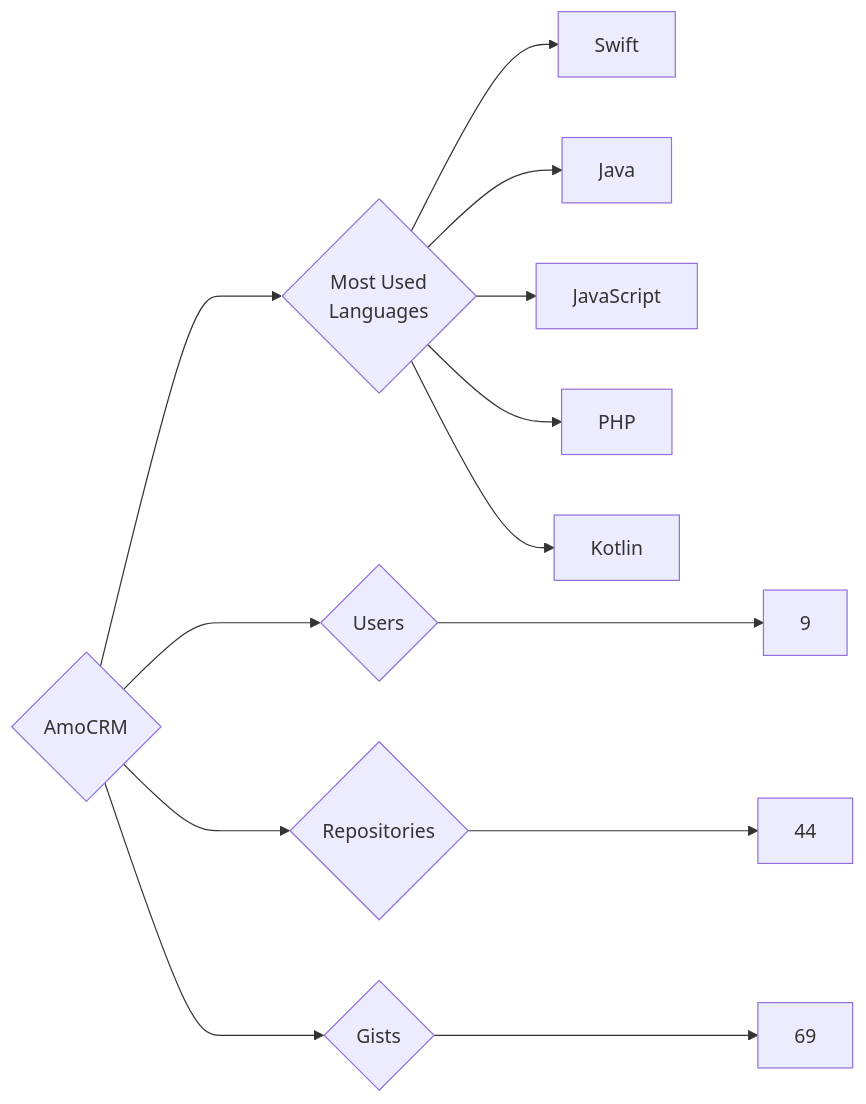
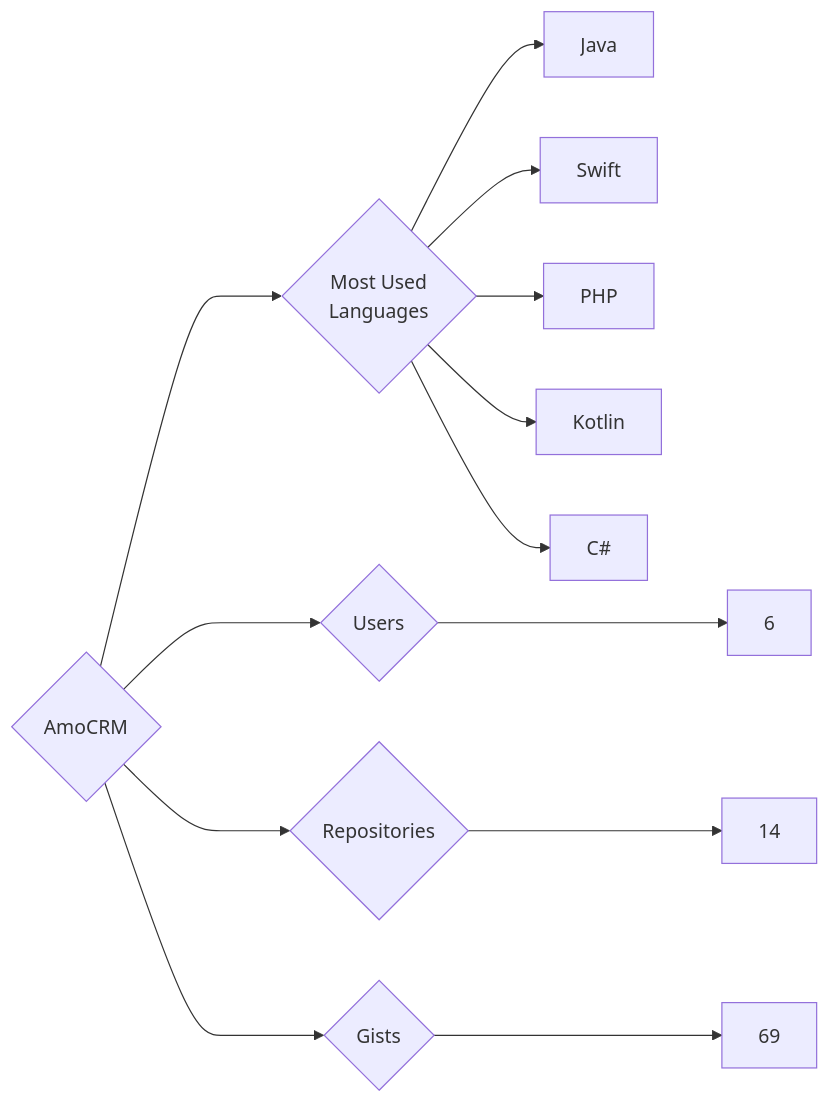
One commit to trickest/insiders changed the diagram in targets/AmoCRM/README.md. Above: the diagram before and after it, drawn with Mermaid. The commit also changed 934 other files, not shown here.

````diff
--- a/targets/AmoCRM/README.md
+++ b/targets/AmoCRM/README.md
@@ -3,13 +3,13 @@
 ```mermaid
 graph LR
 COMPANY_NAME{AmoCRM}
-COMPANY_NAME ---> U{Users} ---> UN[9]
-COMPANY_NAME ---> R{Repositories} ---> RN[44]
+COMPANY_NAME ---> U{Users} ---> UN[6]
+COMPANY_NAME ---> R{Repositories} ---> RN[14]
 COMPANY_NAME ---> G{Gists} ---> GN[69]
 COMPANY_NAME ---> ML{Most Used<br>Languages}
+ML --> Java[Java]
 ML --> Swift[Swift]
-ML --> Java[Java]
-ML --> JavaScript[JavaScript]
 ML --> PHP[PHP]
 ML --> Kotlin[Kotlin]
+ML --> C#[C#]
 ```
````
